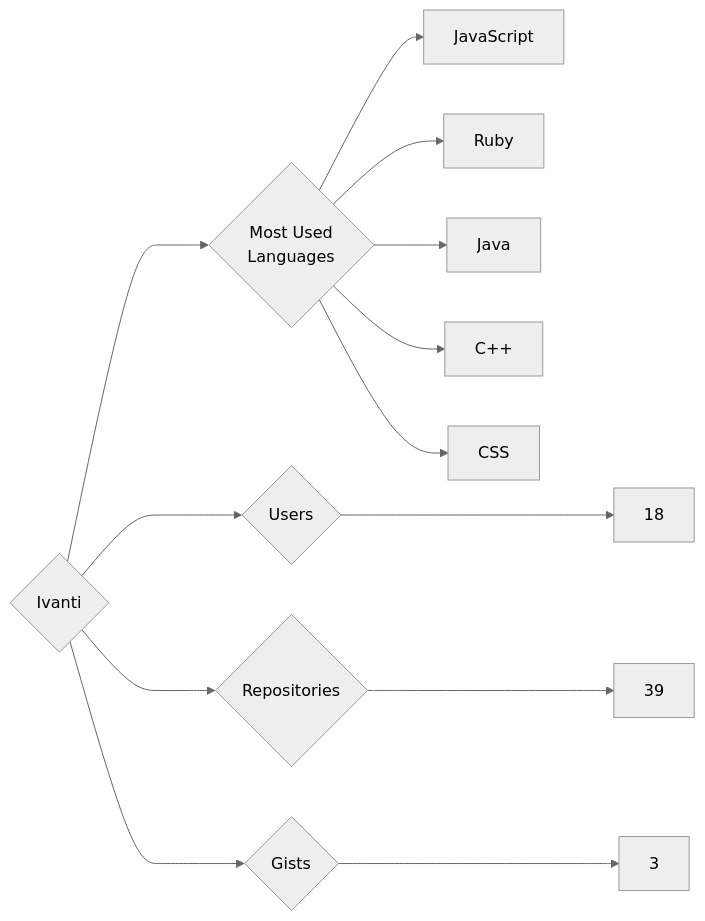
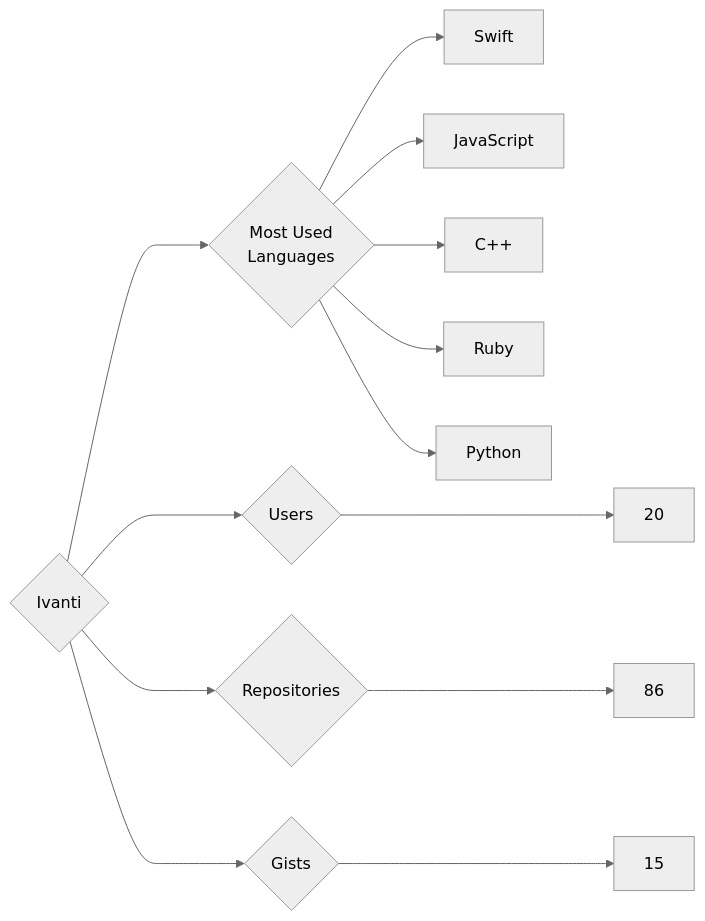
One commit to trickest/insiders changed the diagram in targets/Ivanti/README.md. Above: the diagram before and after it, drawn with Mermaid (neutral theme). The commit also changed 873 other files, not shown here.

````diff
--- a/targets/Ivanti/README.md
+++ b/targets/Ivanti/README.md
@@ -3,13 +3,13 @@
 ```mermaid
 graph LR
 COMPANY_NAME{Ivanti}
-COMPANY_NAME ---> U{Users} ---> UN[18]
-COMPANY_NAME ---> R{Repositories} ---> RN[39]
-COMPANY_NAME ---> G{Gists} ---> GN[3]
+COMPANY_NAME ---> U{Users} ---> UN[20]
+COMPANY_NAME ---> R{Repositories} ---> RN[86]
+COMPANY_NAME ---> G{Gists} ---> GN[15]
 COMPANY_NAME ---> ML{Most Used<br>Languages}
+ML --> Swift[Swift]
 ML --> JavaScript[JavaScript]
+ML --> C++[C++]
 ML --> Ruby[Ruby]
-ML --> Java[Java]
-ML --> C++[C++]
-ML --> CSS[CSS]
+ML --> Python[Python]
 ```
````
